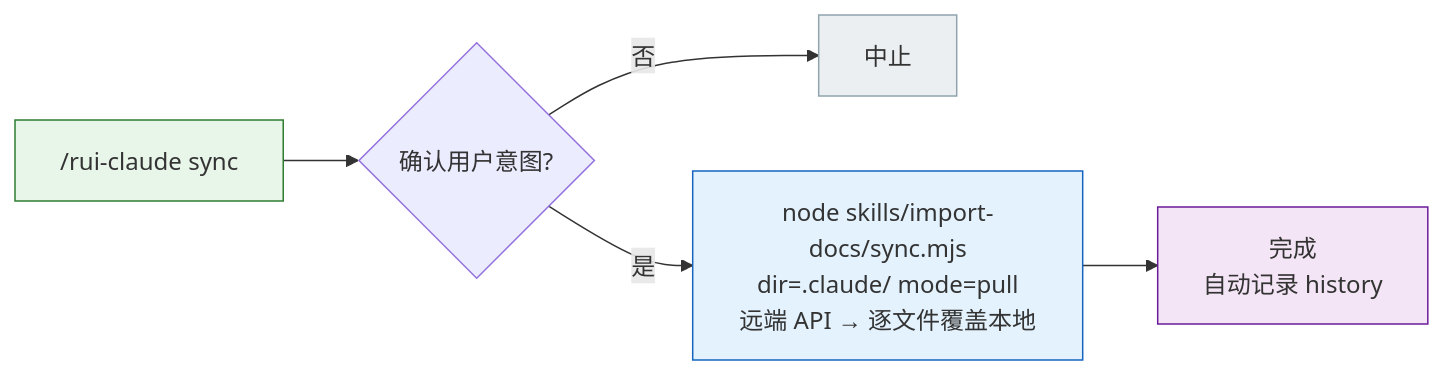
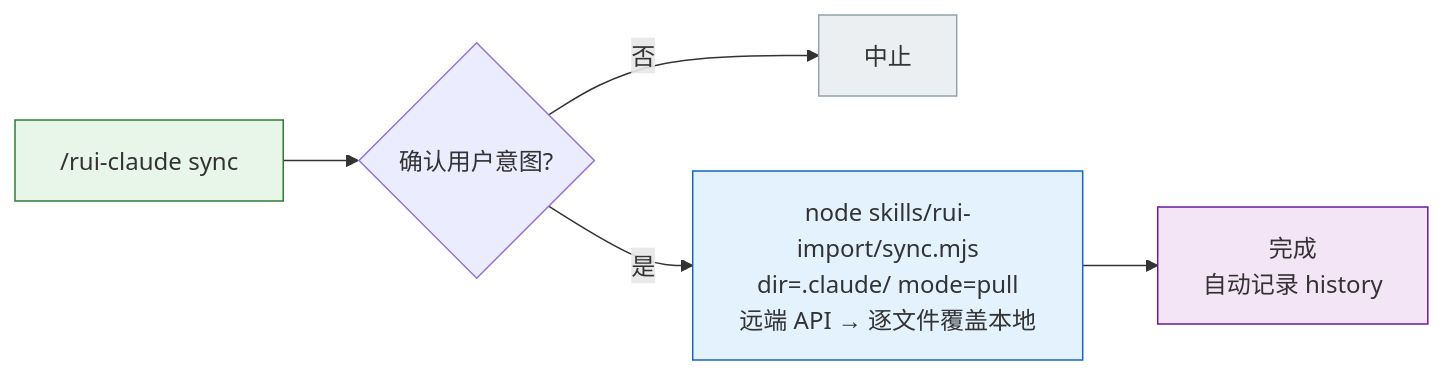
One commit to effiy/YrY changed the third of 7 diagrams in skills/rui-claude/SKILL.md. Above: the diagram before and after it, drawn with Mermaid. The commit also changed other lines of this file and 41 other files, not shown here.

````diff
--- a/skills/rui-claude/SKILL.md
+++ b/skills/rui-claude/SKILL.md
@@ -69,12 +69,12 @@
 ```mermaid
 flowchart LR
     TRIGGER["/rui-claude sync"]:::src --> CHECK{"确认用户意图?"}
     CHECK -->|"否"| ABORT["中止"]:::abort
-    CHECK -->|"是"| PULL["node skills/import-docs/sync.mjs<br/>dir=.claude/ mode=pull<br/>远端 API → 逐文件覆盖本地"]:::op
+    CHECK -->|"是"| PULL["node skills/rui-import/sync.mjs<br/>dir=.claude/ mode=pull<br/>远端 API → 逐文件覆盖本地"]:::op
     PULL --> DONE["完成<br/>自动记录 history"]:::done
 
     classDef src fill:#e8f5e9,stroke:#2e7d32;
     classDef abort fill:#eceff1,stroke:#90a4ae;
     classDef op fill:#e3f2fd,stroke:#1565c0;
     classDef done fill:#f3e5f5,stroke:#6a1b9a;
 ```
````
